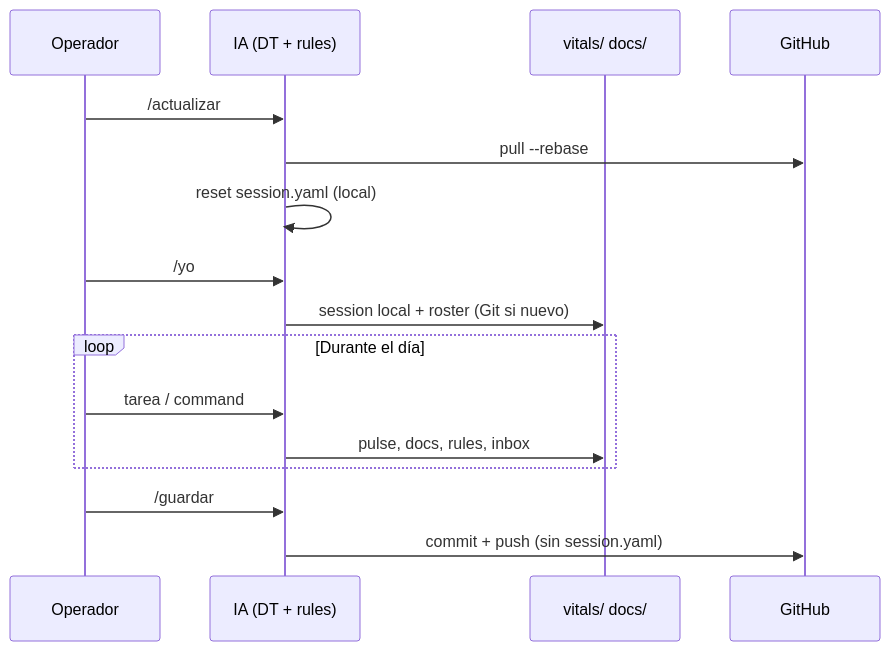
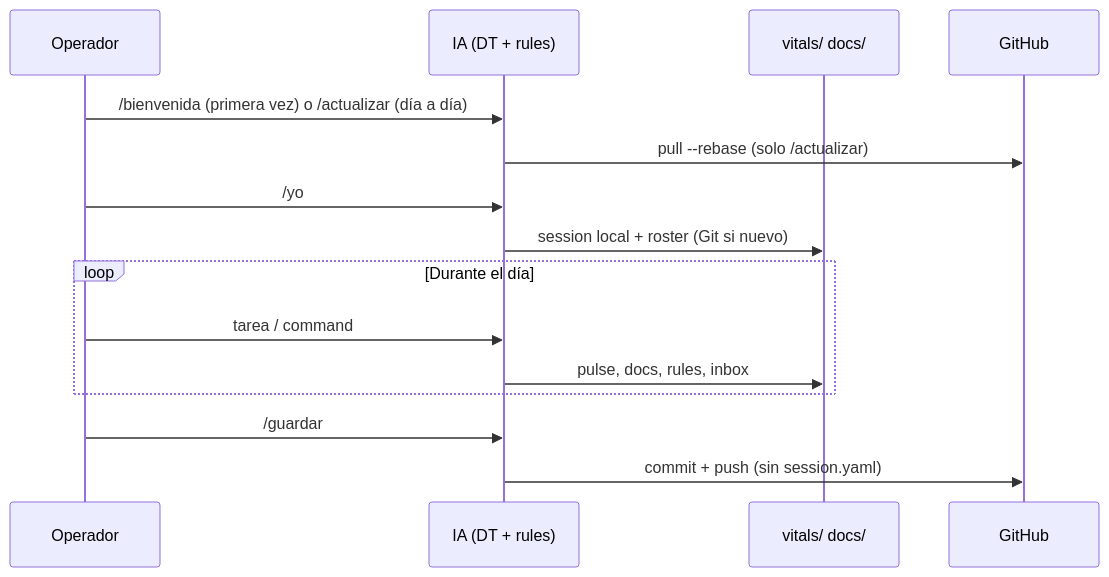
Before and after one commit to Mazalucas/El-DT-Lightweight-Army: the diagram in docs/00_overview/cerebro-equipo-mecanismos-dt.md, drawn with Mermaid. The commit also changed other lines of this file and 1520 other files, not shown here.

````diff
--- a/docs/00_overview/cerebro-equipo-mecanismos-dt.md
+++ b/docs/00_overview/cerebro-equipo-mecanismos-dt.md
@@ -85,19 +87,18 @@
 ```mermaid
 sequenceDiagram
   participant U as Operador
   participant IA as IA (DT + rules)
   participant V as vitals/ docs/
   participant G as GitHub
 
-  U->>IA: /actualizar
-  IA->>G: pull --rebase
-  IA->>IA: reset session.yaml (local)
+  U->>IA: /bienvenida (primera vez) o /actualizar (día a día)
+  IA->>G: pull --rebase (solo /actualizar)
   U->>IA: /yo
   IA->>V: session local + roster (Git si nuevo)
   loop Durante el día
     U->>IA: tarea / command
     IA->>V: pulse, docs, rules, inbox
   end
   U->>IA: /guardar
   IA->>G: commit + push (sin session.yaml)
 ```
````
